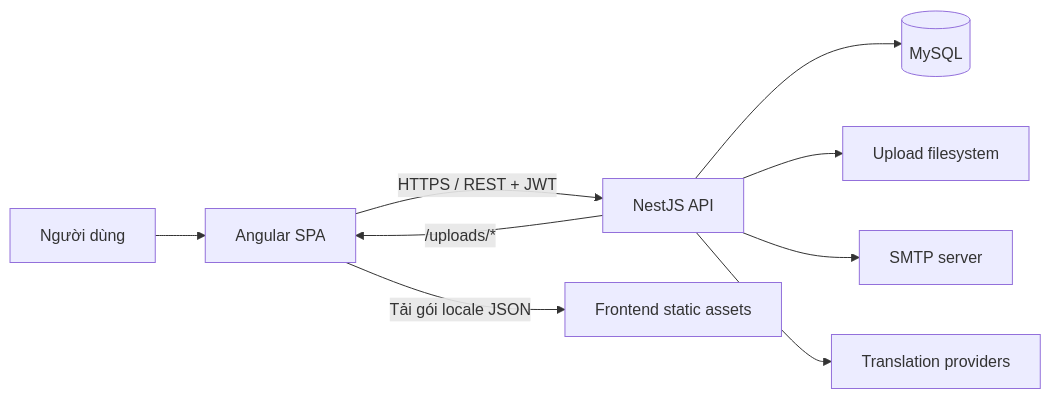
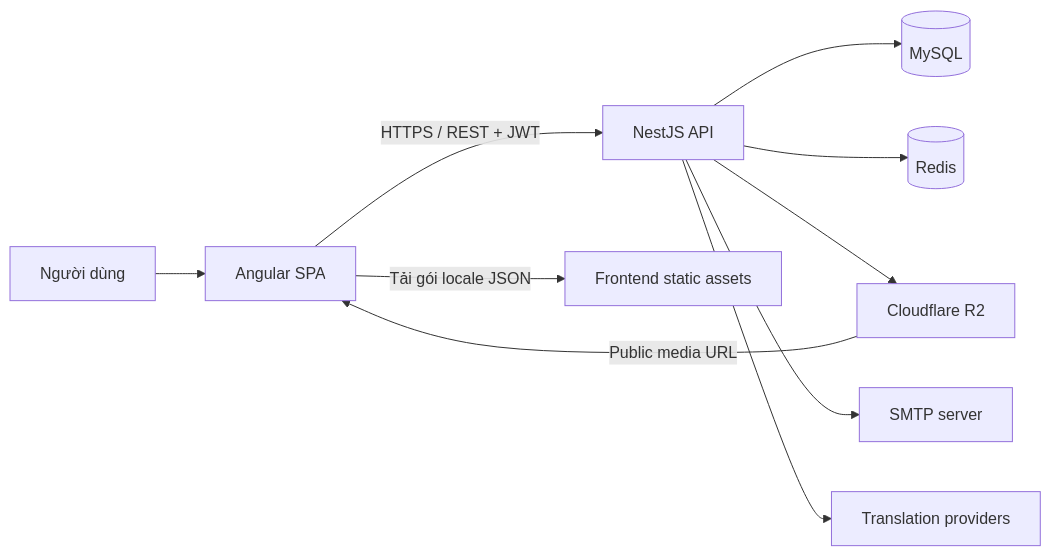
The first of 5 diagrams in docs/ARCHITECTURE.md (NgocThinh2004/Lingora), drawn with Mermaid before and after one commit. The commit also changed other lines of this file and 3 other files, not shown here.

Commit message:
docs: update deployment, architecture, API and healthcheck guides

````diff
--- a/docs/ARCHITECTURE.md
+++ b/docs/ARCHITECTURE.md
@@ -18,11 +18,12 @@
 ```mermaid
 flowchart LR
     U["Người dùng"] --> SPA["Angular SPA"]
     SPA -->|"HTTPS / REST + JWT"| API["NestJS API"]
     SPA -->|"Tải gói locale JSON"| LOCALE["Frontend static assets"]
     API --> DB[("MySQL")]
-    API --> FILES["Upload filesystem"]
+    API --> REDIS[("Redis")]
+    API --> R2["Cloudflare R2"]
     API --> SMTP["SMTP server"]
     API --> TP["Translation providers"]
-    API -->|"/uploads/*"| SPA
+    R2 -->|"Public media URL"| SPA
 ```
````
